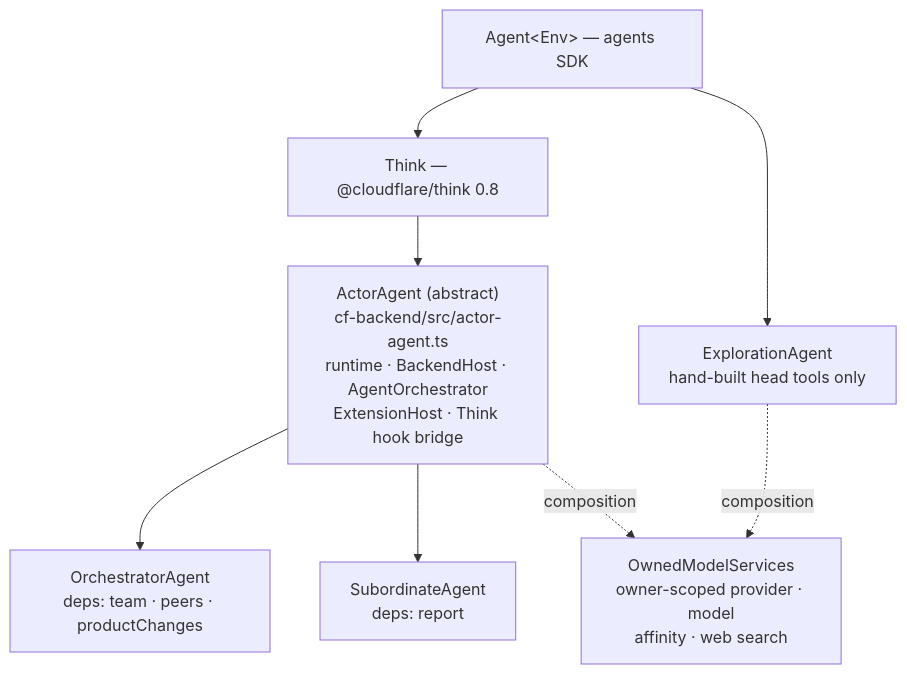
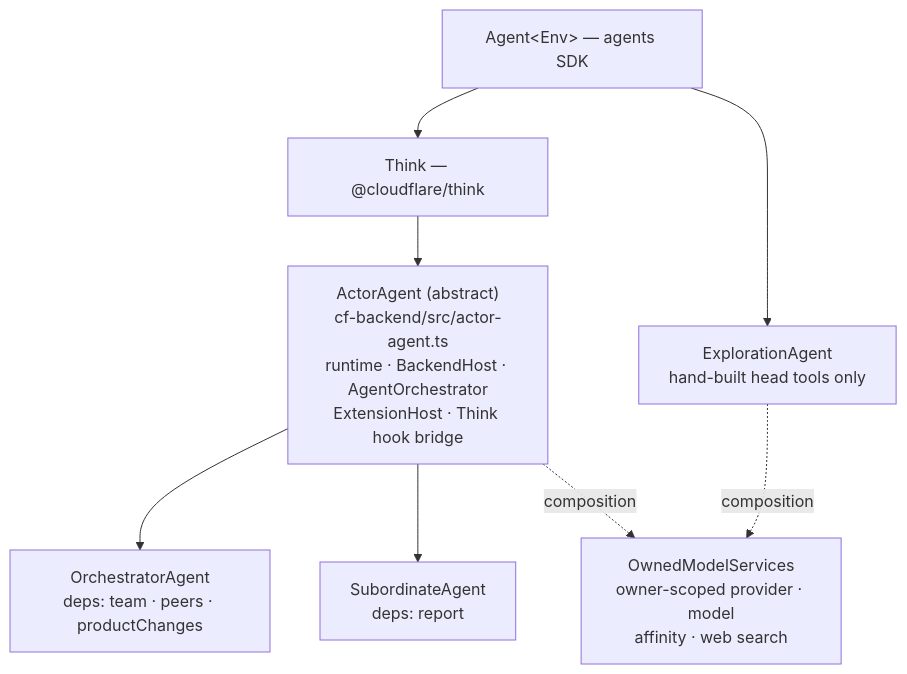
The second of 5 diagrams in docs/ARCHITECTURE.md (AshishKumar4/kinu), drawn with Mermaid before and after one commit. The commit also changed other lines of this file and 64 other files, not shown here.

````diff
--- a/docs/ARCHITECTURE.md
+++ b/docs/ARCHITECTURE.md
@@ -59,17 +59,17 @@
 ```mermaid
 graph TB
     A["Agent&lt;Env&gt; — agents SDK"]
-    T["Think — @cloudflare/think 0.8"]
+    T["Think — @cloudflare/think"]
     AA["ActorAgent (abstract)<br/>cf-backend/src/actor-agent.ts<br/>runtime · BackendHost · AgentOrchestrator<br/>ExtensionHost · Think hook bridge"]
     O["OrchestratorAgent<br/>deps: team · peers · productChanges"]
     S["SubordinateAgent<br/>deps: report"]
     E["ExplorationAgent<br/>hand-built head tools only"]
     OMS["OwnedModelServices<br/>owner-scoped provider · model<br/>affinity · web search"]
 
     A --> T --> AA
     AA --> O
     AA --> S
     A --> E
     AA -.->|composition| OMS
     E -.->|composition| OMS
 ```
````
